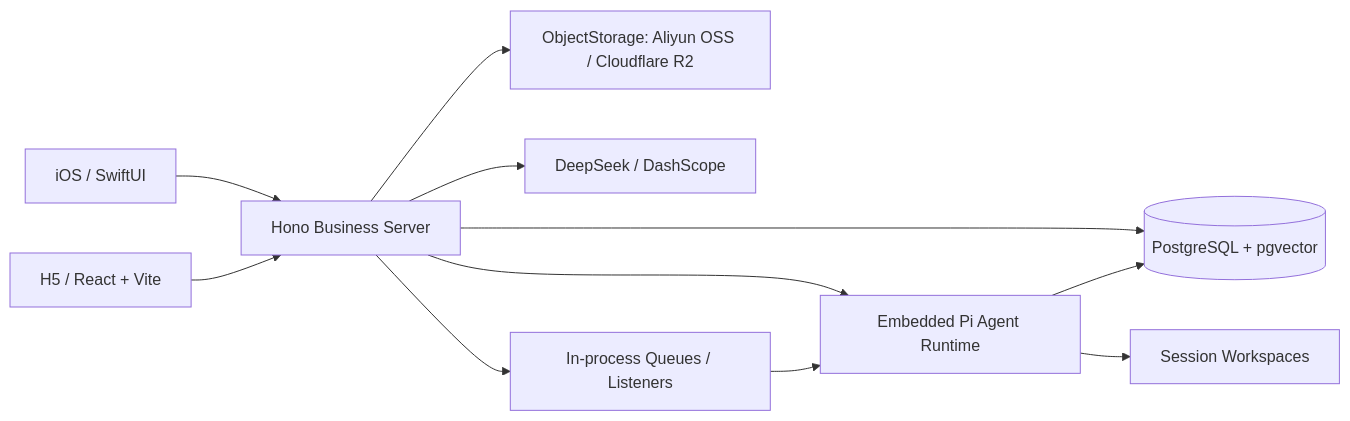
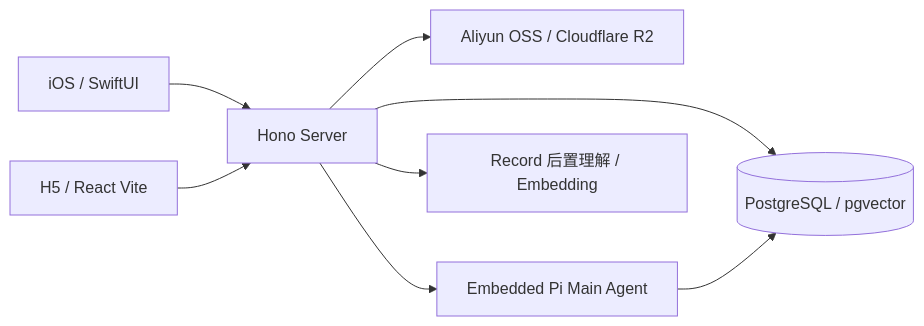
One commit to huiru-wang/fanto changed the diagram in docs/architecture/overview.md. Above: the diagram before and after it, drawn with Mermaid. The commit also changed other lines of this file and 146 other files, not shown here.

````diff
--- a/docs/architecture/overview.md
+++ b/docs/architecture/overview.md
@@ -5,13 +3,10 @@
 ```mermaid
 flowchart LR
-  IOS[iOS / SwiftUI] --> API[Hono Business Server]
-  H5[H5 / React + Vite] --> API
-  API --> PG[(PostgreSQL + pgvector)]
-  API --> STORE[ObjectStorage: Aliyun OSS / Cloudflare R2]
-  API --> AI[DeepSeek / DashScope]
-  API --> AGENT[Embedded Pi Agent Runtime]
-  AGENT --> PG
-  AGENT --> WS[Session Workspaces]
-  API --> Q[In-process Queues / Listeners]
-  Q --> AGENT
+  IOS[iOS / SwiftUI] --> API[Hono Server]
+  H5[H5 / React Vite] --> API
+  API --> PG[(PostgreSQL / pgvector)]
+  API --> OSS[Aliyun OSS / Cloudflare R2]
+  API --> MAIN[Embedded Pi Main Agent]
+  MAIN --> PG
+  API --> Q[Record 后置理解 / Embedding]
 ```
````
